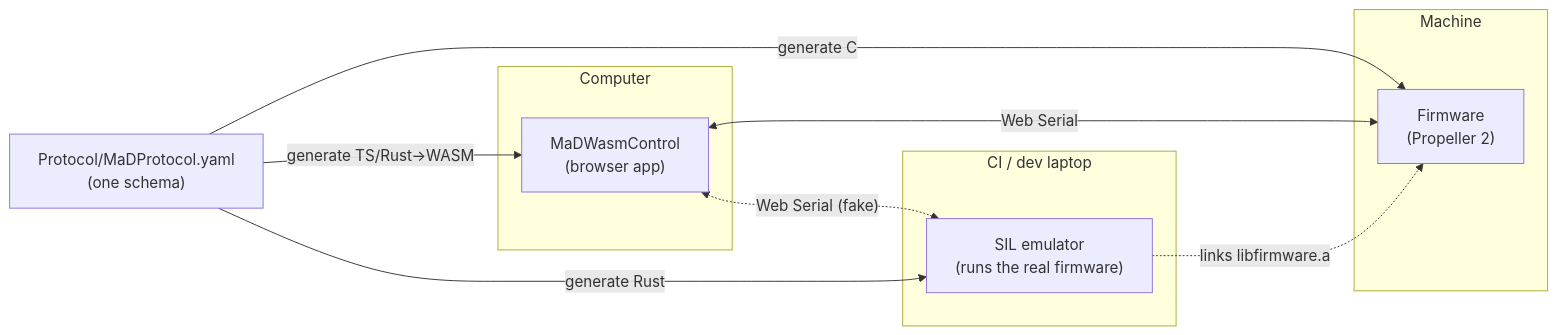
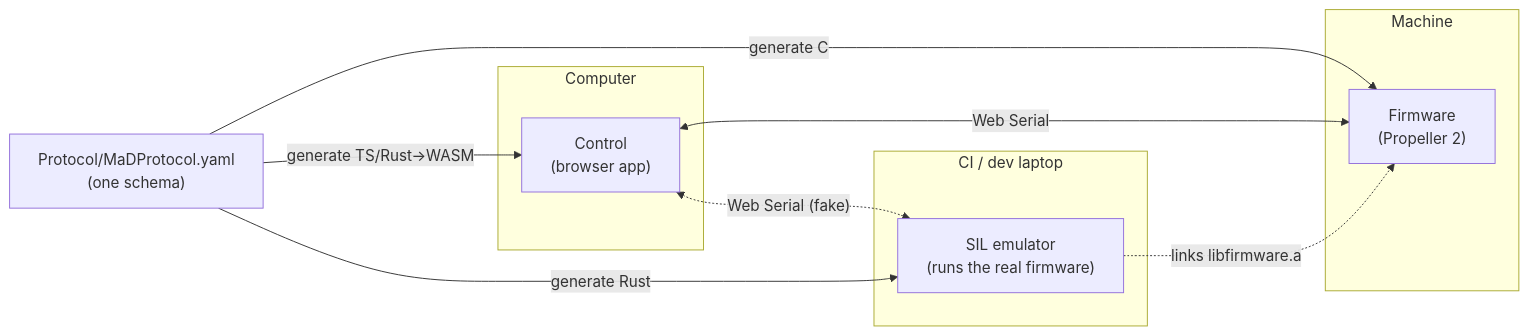
One commit to RileyMcCarthy/MaD changed the first of 2 diagrams in docs/how-it-works/overview.md. Above: the diagram before and after it, drawn with Mermaid. The commit also changed other lines of this file and 138 other files, not shown here.

First line of the commit message:
refactor: rename Software/MaDWasmControl to Software/Control

````diff
--- a/docs/how-it-works/overview.md
+++ b/docs/how-it-works/overview.md
@@ -8,21 +8,21 @@
 ```mermaid
 flowchart LR
     yaml["Protocol/MaDProtocol.yaml<br/>(one schema)"]
     yaml -->|generate C| fw
     yaml -->|generate TS/Rust→WASM| app
     yaml -->|generate Rust| sil
 
     subgraph host["Computer"]
-        app["MaDWasmControl<br/>(browser app)"]
+        app["Control<br/>(browser app)"]
     end
     subgraph dev["Machine"]
         fw["Firmware<br/>(Propeller 2)"]
     end
     subgraph test["CI / dev laptop"]
         sil["SIL emulator<br/>(runs the real firmware)"]
     end
 
     app <-->|"Web Serial"| fw
     app <-.->|"Web Serial (fake)"| sil
     sil -. "links libfirmware.a" .-> fw
 ```
````
